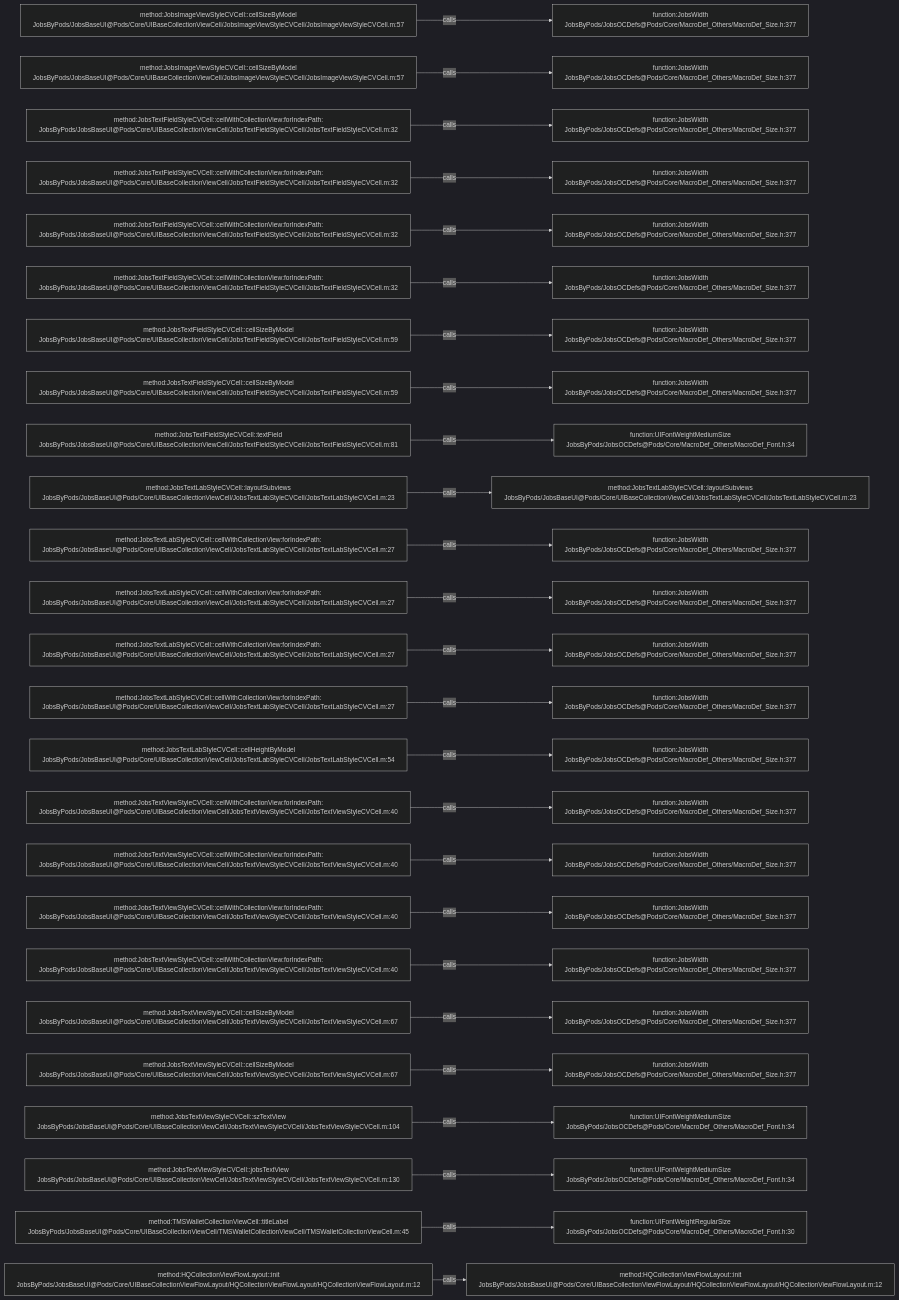
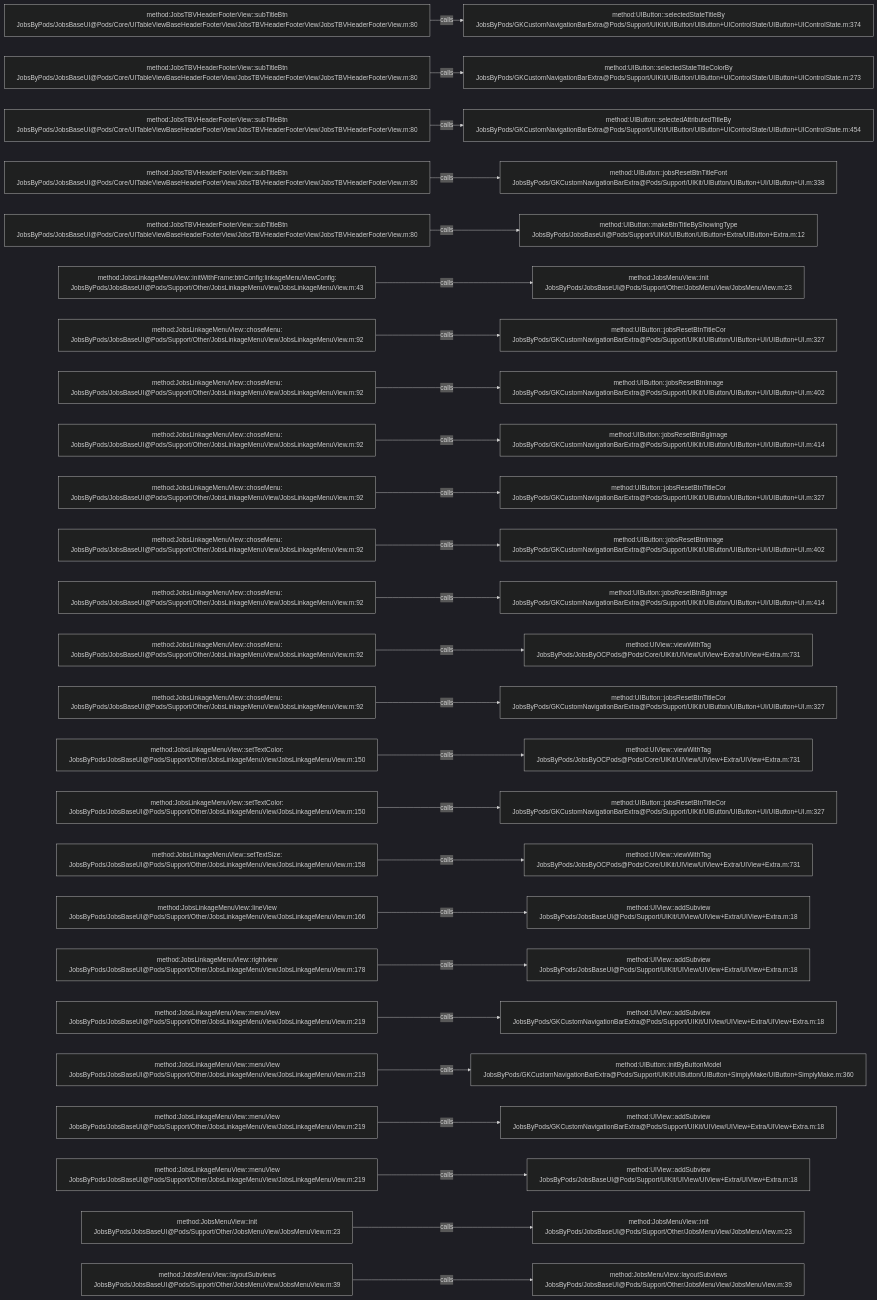
The diagram in .codegraph/codegraph.md/graphs/calls-036.md (JobsKits/JobsOCBaseConfigDemo), drawn with Mermaid (dark theme) before and after one commit. The commit also changed 1026 other files, not shown here.

````diff
--- a/.codegraph/codegraph.md/graphs/calls-036.md
+++ b/.codegraph/codegraph.md/graphs/calls-036.md
@@ -13,78 +13,78 @@
 ```mermaid
 flowchart LR
-  S1["method:JobsImageViewStyleCVCell::cellSizeByModel<br/>JobsByPods/JobsBaseUI@Pods/Core/UIBaseCollectionViewCell/JobsImageViewStyleCVCell/JobsImageViewStyleCVCell.m:57"]
-  T1["function:JobsWidth<br/>JobsByPods/JobsOCDefs@Pods/Core/MacroDef_Others/MacroDef_Size.h:377"]
+  S1["method:JobsTBVHeaderFooterView::subTitleBtn<br/>JobsByPods/JobsBaseUI@Pods/Core/UITableViewBaseHeaderFooterView/JobsTBVHeaderFooterView/JobsTBVHeaderFooterView.m:80"]
+  T1["method:UIButton::selectedStateTitleBy<br/>JobsByPods/GKCustomNavigationBarExtra@Pods/Support/UIKit/UIButton/UIButton+UIControlState/UIButton+UIControlState.m:374"]
   S1 -->|calls| T1
-  S2["method:JobsImageViewStyleCVCell::cellSizeByModel<br/>JobsByPods/JobsBaseUI@Pods/Core/UIBaseCollectionViewCell/JobsImageViewStyleCVCell/JobsImageViewStyleCVCell.m:57"]
-  T2["function:JobsWidth<br/>JobsByPods/JobsOCDefs@Pods/Core/MacroDef_Others/MacroDef_Size.h:377"]
+  S2["method:JobsTBVHeaderFooterView::subTitleBtn<br/>JobsByPods/JobsBaseUI@Pods/Core/UITableViewBaseHeaderFooterView/JobsTBVHeaderFooterView/JobsTBVHeaderFooterView.m:80"]
+  T2["method:UIButton::selectedStateTitleColorBy<br/>JobsByPods/GKCustomNavigationBarExtra@Pods/Support/UIKit/UIButton/UIButton+UIControlState/UIButton+UIControlState.m:273"]
   S2 -->|calls| T2
-  S3["method:JobsTextFieldStyleCVCell::cellWithCollectionView:forIndexPath:<br/>JobsByPods/JobsBaseUI@Pods/Core/UIBaseCollectionViewCell/JobsTextFieldStyleCVCell/JobsTextFieldStyleCVCell.m:32"]
-  T3["function:JobsWidth<br/>JobsByPods/JobsOCDefs@Pods/Core/MacroDef_Others/MacroDef_Size.h:377"]
+  S3["method:JobsTBVHeaderFooterView::subTitleBtn<br/>JobsByPods/JobsBaseUI@Pods/Core/UITableViewBaseHeaderFooterView/JobsTBVHeaderFooterView/JobsTBVHeaderFooterView.m:80"]
+  T3["method:UIButton::selectedAttributedTitleBy<br/>JobsByPods/GKCustomNavigationBarExtra@Pods/Support/UIKit/UIButton/UIButton+UIControlState/UIButton+UIControlState.m:454"]
   S3 -->|calls| T3
-  S4["method:JobsTextFieldStyleCVCell::cellWithCollectionView:forIndexPath:<br/>JobsByPods/JobsBaseUI@Pods/Core/UIBaseCollectionViewCell/JobsTextFieldStyleCVCell/JobsTextFieldStyleCVCell.m:32"]
-  T4["function:JobsWidth<br/>JobsByPods/JobsOCDefs@Pods/Core/MacroDef_Others/MacroDef_Size.h:377"]
+  S4["method:JobsTBVHeaderFooterView::subTitleBtn<br/>JobsByPods/JobsBaseUI@Pods/Core/UITableViewBaseHeaderFooterView/JobsTBVHeaderFooterView/JobsTBVHeaderFooterView.m:80"]
+  T4["method:UIButton::jobsResetBtnTitleFont<br/>JobsByPods/GKCustomNavigationBarExtra@Pods/Support/UIKit/UIButton/UIButton+UI/UIButton+UI.m:338"]
   S4 -->|calls| T4
-  S5["method:JobsTextFieldStyleCVCell::cellWithCollectionView:forIndexPath:<br/>JobsByPods/JobsBaseUI@Pods/Core/UIBaseCollectionViewCell/JobsTextFieldStyleCVCell/JobsTextFieldStyleCVCell.m:32"]
-  T5["function:JobsWidth<br/>JobsByPods/JobsOCDefs@Pods/Core/MacroDef_Others/MacroDef_Size.h:377"]
+  S5["method:JobsTBVHeaderFooterView::subTitleBtn<br/>JobsByPods/JobsBaseUI@Pods/Core/UITableViewBaseHeaderFooterView/JobsTBVHeaderFooterView/JobsTBVHeaderFooterView.m:80"]
+  T5["method:UIButton::makeBtnTitleByShowingType<br/>JobsByPods/JobsBaseUI@Pods/Support/UIKit/UIButton/UIButton+Extra/UIButton+Extra.m:12"]
   S5 -->|calls| T5
-  S6["method:JobsTextFieldStyleCVCell::cellWithCollectionView:forIndexPath:<br/>JobsByPods/JobsBaseUI@Pods/Core/UIBaseCollectionViewCell/JobsTextFieldStyleCVCell/JobsTextFieldStyleCVCell.m:32"]
-  T6["function:JobsWidth<br/>JobsByPods/JobsOCDefs@Pods/Core/MacroDef_Others/MacroDef_Size.h:377"]
+  S6["method:JobsLinkageMenuView::initWithFrame:btnConfig:linkageMenuViewConfig:<br/>JobsByPods/JobsBaseUI@Pods/Support/Other/JobsLinkageMenuView/JobsLinkageMenuView.m:43"]
+  T6["method:JobsMenuView::init<br/>JobsByPods/JobsBaseUI@Pods/Support/Other/JobsMenuView/JobsMenuView.m:23"]
   S6 -->|calls| T6
-  S7["method:JobsTextFieldStyleCVCell::cellSizeByModel<br/>JobsByPods/JobsBaseUI@Pods/Core/UIBaseCollectionViewCell/JobsTextFieldStyleCVCell/JobsTextFieldStyleCVCell.m:59"]
-  T7["function:JobsWidth<br/>JobsByPods/JobsOCDefs@Pods/Core/MacroDef_Others/MacroDef_Size.h:377"]
+  S7["method:JobsLinkageMenuView::choseMenu:<br/>JobsByPods/JobsBaseUI@Pods/Support/Other/JobsLinkageMenuView/JobsLinkageMenuView.m:92"]
+  T7["method:UIButton::jobsResetBtnTitleCor<br/>JobsByPods/GKCustomNavigationBarExtra@Pods/Support/UIKit/UIButton/UIButton+UI/UIButton+UI.m:327"]
   S7 -->|calls| T7
-  S8["method:JobsTextFieldStyleCVCell::cellSizeByModel<br/>JobsByPods/JobsBaseUI@Pods/Core/UIBaseCollectionViewCell/JobsTextFieldStyleCVCell/JobsTextFieldStyleCVCell.m:59"]
-  T8["function:JobsWidth<br/>JobsByPods/JobsOCDefs@Pods/Core/MacroDef_Others/MacroDef_Size.h:377"]
+  S8["method:JobsLinkageMenuView::choseMenu:<br/>JobsByPods/JobsBaseUI@Pods/Support/Other/JobsLinkageMenuView/JobsLinkageMenuView.m:92"]
+  T8["method:UIButton::jobsResetBtnImage<br/>JobsByPods/GKCustomNavigationBarExtra@Pods/Support/UIKit/UIButton/UIButton+UI/UIButton+UI.m:402"]
   S8 -->|calls| T8
-  S9["method:JobsTextFieldStyleCVCell::textField<br/>JobsByPods/JobsBaseUI@Pods/Core/UIBaseCollectionViewCell/JobsTextFieldStyleCVCell/JobsTextFieldStyleCVCell.m:81"]
-  T9["function:UIFontWeightMediumSize<br/>JobsByPods/JobsOCDefs@Pods/Core/MacroDef_Others/MacroDef_Font.h:34"]
+  S9["method:JobsLinkageMenuView::choseMenu:<br/>JobsByPods/JobsBaseUI@Pods/Support/Other/JobsLinkageMenuView/JobsLinkageMenuView.m:92"]
+  T9["method:UIButton::jobsResetBtnBgImage<br/>JobsByPods/GKCustomNavigationBarExtra@Pods/Support/UIKit/UIButton/UIButton+UI/UIButton+UI.m:414"]
   S9 -->|calls| T9
-  S10["method:JobsTextLabStyleCVCell::layoutSubviews<br/>JobsByPods/JobsBaseUI@Pods/Core/UIBaseCollectionViewCell/JobsTextLabStyleCVCell/JobsTextLabStyleCVCell.m:23"]
-  T10["method:JobsTextLabStyleCVCell::layoutSubviews<br/>JobsByPods/JobsBaseUI@Pods/Core/UIBaseCollectionViewCell/JobsTextLabStyleCVCell/JobsTextLabStyleCVCell.m:23"]
+  S10["method:JobsLinkageMenuView::choseMenu:<br/>JobsByPods/JobsBaseUI@Pods/Support/Other/JobsLinkageMenuView/JobsLinkageMenuView.m:92"]
+  T10["method:UIButton::jobsResetBtnTitleCor<br/>JobsByPods/GKCustomNavigationBarExtra@Pods/Support/UIKit/UIButton/UIButton+UI/UIButton+UI.m:327"]
   S10 -->|calls| T10
-  S11["method:JobsTextLabStyleCVCell::cellWithCollectionView:forIndexPath:<br/>JobsByPods/JobsBaseUI@Pods/Core/UIBaseCollectionViewCell/JobsTextLabStyleCVCell/JobsTextLabStyleCVCell.m:27"]
-  T11["function:JobsWidth<br/>JobsByPods/JobsOCDefs@Pods/Core/MacroDef_Others/MacroDef_Size.h:377"]
+  S11["method:JobsLinkageMenuView::choseMenu:<br/>JobsByPods/JobsBaseUI@Pods/Support/Other/JobsLinkageMenuView/JobsLinkageMenuView.m:92"]
+  T11["method:UIButton::jobsResetBtnImage<br/>JobsByPods/GKCustomNavigationBarExtra@Pods/Support/UIKit/UIButton/UIButton+UI/UIButton+UI.m:402"]
   S11 -->|calls| T11
-  S12["method:JobsTextLabStyleCVCell::cellWithCollectionView:forIndexPath:<br/>JobsByPods/JobsBaseUI@Pods/Core/UIBaseCollectionViewCell/JobsTextLabStyleCVCell/JobsTextLabStyleCVCell.m:27"]
-  T12["function:JobsWidth<br/>JobsByPods/JobsOCDefs@Pods/Core/MacroDef_Others/MacroDef_Size.h:377"]
+  S12["method:JobsLinkageMenuView::choseMenu:<br/>JobsByPods/JobsBaseUI@Pods/Support/Other/JobsLinkageMenuView/JobsLinkageMenuView.m:92"]
+  T12["method:UIButton::jobsResetBtnBgImage<br/>JobsByPods/GKCustomNavigationBarExtra@Pods/Support/UIKit/UIButton/UIButton+UI/UIButton+UI.m:414"]
   S12 -->|calls| T12
-  S13["method:JobsTextLabStyleCVCell::cellWithCollectionView:forIndexPath:<br/>JobsByPods/JobsBaseUI@Pods/Core/UIBaseCollectionViewCell/JobsTextLabStyleCVCell/JobsTextLabStyleCVCell.m:27"]
-  T13["function:JobsWidth<br/>JobsByPods/JobsOCDefs@Pods/Core/MacroDef_Others/MacroDef_Size.h:377"]
+  S13["method:JobsLinkageMenuView::choseMenu:<br/>JobsByPods/JobsBaseUI@Pods/Support/Other/JobsLinkageMenuView/JobsLinkageMenuView.m:92"]
+  T13["method:UIView::viewWithTag<br/>JobsByPods/JobsByOCPods@Pods/Core/UIKit/UIView/UIView+Extra/UIView+Extra.m:731"]
   S13 -->|calls| T13
-  S14["method:JobsTextLabStyleCVCell::cellWithCollectionView:forIndexPath:<br/>JobsByPods/JobsBaseUI@Pods/Core/UIBaseCollectionViewCell/JobsTextLabStyleCVCell/JobsTextLabStyleCVCell.m:27"]
-  T14["function:JobsWidth<br/>JobsByPods/JobsOCDefs@Pods/Core/MacroDef_Others/MacroDef_Size.h:377"]
+  S14["method:JobsLinkageMenuView::choseMenu:<br/>JobsByPods/JobsBaseUI@Pods/Support/Other/JobsLinkageMenuView/JobsLinkageMenuView.m:92"]
+  T14["method:UIButton::jobsResetBtnTitleCor<br/>JobsByPods/GKCustomNavigationBarExtra@Pods/Support/UIKit/UIButton/UIButton+UI/UIButton+UI.m:327"]
   S14 -->|calls| T14
-  S15["method:JobsTextLabStyleCVCell::cellHeightByModel<br/>JobsByPods/JobsBaseUI@Pods/Core/UIBaseCollectionViewCell/JobsTextLabStyleCVCell/JobsTextLabStyleCVCell.m:54"]
-  T15["function:JobsWidth<br/>JobsByPods/JobsOCDefs@Pods/Core/MacroDef_Others/MacroDef_Size.h:377"]
+  S15["method:JobsLinkageMenuView::setTextColor:<br/>JobsByPods/JobsBaseUI@Pods/Support/Other/JobsLinkageMenuView/JobsLinkageMenuView.m:150"]
+  T15["method:UIView::viewWithTag<br/>JobsByPods/JobsByOCPods@Pods/Core/UIKit/UIView/UIView+Extra/UIView+Extra.m:731"]
   S15 -->|calls| T15
-  S16["method:JobsTextViewStyleCVCell::cellWithCollectionView:forIndexPath:<br/>JobsByPods/JobsBaseUI@Pods/Core/UIBaseCollectionViewCell/JobsTextViewStyleCVCell/JobsTextViewStyleCVCell.m:40"]
-  T16["function:JobsWidth<br/>JobsByPods/JobsOCDefs@Pods/Core/MacroDef_Others/MacroDef_Size.h:377"]
+  S16["method:JobsLinkageMenuView::setTextColor:<br/>JobsByPods/JobsBaseUI@Pods/Support/Other/JobsLinkageMenuView/JobsLinkageMenuView.m:150"]
+  T16["method:UIButton::jobsResetBtnTitleCor<br/>JobsByPods/GKCustomNavigationBarExtra@Pods/Support/UIKit/UIButton/UIButton+UI/UIButton+UI.m:327"]
   S16 -->|calls| T16
-  S17["method:JobsTextViewStyleCVCell::cellWithCollectionView:forIndexPath:<br/>JobsByPods/JobsBaseUI@Pods/Core/UIBaseCollectionViewCell/JobsTextViewStyleCVCell/JobsTextViewStyleCVCell.m:40"]
-  T17["function:JobsWidth<br/>JobsByPods/JobsOCDefs@Pods/Core/MacroDef_Others/MacroDef_Size.h:377"]
+  S17["method:JobsLinkageMenuView::setTextSize:<br/>JobsByPods/JobsBaseUI@Pods/Support/Other/JobsLinkageMenuView/JobsLinkageMenuView.m:158"]
+  T17["method:UIView::viewWithTag<br/>JobsByPods/JobsByOCPods@Pods/Core/UIKit/UIView/UIView+Extra/UIView+Extra.m:731"]
   S17 -->|calls| T17
-  S18["method:JobsTextViewStyleCVCell::cellWithCollectionView:forIndexPath:<br/>JobsByPods/JobsBaseUI@Pods/Core/UIBaseCollectionViewCell/JobsTextViewStyleCVCell/JobsTextViewStyleCVCell.m:40"]
-  T18["function:JobsWidth<br/>JobsByPods/JobsOCDefs@Pods/Core/MacroDef_Others/MacroDef_Size.h:377"]
+  S18["method:JobsLinkageMenuView::lineView<br/>JobsByPods/JobsBaseUI@Pods/Support/Other/JobsLinkageMenuView/JobsLinkageMenuView.m:166"]
+  T18["method:UIView::addSubview<br/>JobsByPods/JobsBaseUI@Pods/Support/UIKit/UIView/UIView+Extra/UIView+Extra.m:18"]
   S18 -->|calls| T18
-  S19["method:JobsTextViewStyleCVCell::cellWithCollectionView:forIndexPath:<br/>JobsByPods/JobsBaseUI@Pods/Core/UIBaseCollectionViewCell/JobsTextViewStyleCVCell/JobsTextViewStyleCVCell.m:40"]
-  T19["function:JobsWidth<br/>JobsByPods/JobsOCDefs@Pods/Core/MacroDef_Others/MacroDef_Size.h:377"]
+  S19["method:JobsLinkageMenuView::rightview<br/>JobsByPods/JobsBaseUI@Pods/Support/Other/JobsLinkageMenuView/JobsLinkageMenuView.m:178"]
+  T19["method:UIView::addSubview<br/>JobsByPods/JobsBaseUI@Pods/Support/UIKit/UIView/UIView+Extra/UIView+Extra.m:18"]
   S19 -->|calls| T19
-  S20["method:JobsTextViewStyleCVCell::cellSizeByModel<br/>JobsByPods/JobsBaseUI@Pods/Core/UIBaseCollectionViewCell/JobsTextViewStyleCVCell/JobsTextViewStyleCVCell.m:67"]
-  T20["function:JobsWidth<br/>JobsByPods/JobsOCDefs@Pods/Core/MacroDef_Others/MacroDef_Size.h:377"]
+  S20["method:JobsLinkageMenuView::menuView<br/>JobsByPods/JobsBaseUI@Pods/Support/Other/JobsLinkageMenuView/JobsLinkageMenuView.m:219"]
+  T20["method:UIView::addSubview<br/>JobsByPods/GKCustomNavigationBarExtra@Pods/Support/UIKit/UIView/UIView+Extra/UIView+Extra.m:18"]
   S20 -->|calls| T20
-  S21["method:JobsTextViewStyleCVCell::cellSizeByModel<br/>JobsByPods/JobsBaseUI@Pods/Core/UIBaseCollectionViewCell/JobsTextViewStyleCVCell/JobsTextViewStyleCVCell.m:67"]
-  T21["function:JobsWidth<br/>JobsByPods/JobsOCDefs@Pods/Core/MacroDef_Others/MacroDef_Size.h:377"]
+  S21["method:JobsLinkageMenuView::menuView<br/>JobsByPods/JobsBaseUI@Pods/Support/Other/JobsLinkageMenuView/JobsLinkageMenuView.m:219"]
+  T21["method:UIButton::initByButtonModel<br/>JobsByPods/GKCustomNavigationBarExtra@Pods/Support/UIKit/UIButton/UIButton+SimplyMake/UIButton+SimplyMake.m:360"]
   S21 -->|calls| T21
-  S22["method:JobsTextViewStyleCVCell::szTextView<br/>JobsByPods/JobsBaseUI@Pods/Core/UIBaseCollectionViewCell/JobsTextViewStyleCVCell/JobsTextViewStyleCVCell.m:104"]
-  T22["function:UIFontWeightMediumSize<br/>JobsByPods/JobsOCDefs@Pods/Core/MacroDef_Others/MacroDef_Font.h:34"]
+  S22["method:JobsLinkageMenuView::menuView<br/>JobsByPods/JobsBaseUI@Pods/Support/Other/JobsLinkageMenuView/JobsLinkageMenuView.m:219"]
+  T22["method:UIView::addSubview<br/>JobsByPods/GKCustomNavigationBarExtra@Pods/Support/UIKit/UIView/UIView+Extra/UIView+Extra.m:18"]
   S22 -->|calls| T22
-  S23["method:JobsTextViewStyleCVCell::jobsTextView<br/>JobsByPods/JobsBaseUI@Pods/Core/UIBaseCollectionViewCell/JobsTextViewStyleCVCell/JobsTextViewStyleCVCell.m:130"]
-  T23["function:UIFontWeightMediumSize<br/>JobsByPods/JobsOCDefs@Pods/Core/MacroDef_Others/MacroDef_Font.h:34"]
+  S23["method:JobsLinkageMenuView::menuView<br/>JobsByPods/JobsBaseUI@Pods/Support/Other/JobsLinkageMenuView/JobsLinkageMenuView.m:219"]
+  T23["method:UIView::addSubview<br/>JobsByPods/JobsBaseUI@Pods/Support/UIKit/UIView/UIView+Extra/UIView+Extra.m:18"]
   S23 -->|calls| T23
-  S24["method:TMSWalletCollectionViewCell::titleLabel<br/>JobsByPods/JobsBaseUI@Pods/Core/UIBaseCollectionViewCell/TMSWalletCollectionViewCell/TMSWalletCollectionViewCell.m:45"]
-  T24["function:UIFontWeightRegularSize<br/>JobsByPods/JobsOCDefs@Pods/Core/MacroDef_Others/MacroDef_Font.h:30"]
+  S24["method:JobsMenuView::init<br/>JobsByPods/JobsBaseUI@Pods/Support/Other/JobsMenuView/JobsMenuView.m:23"]
+  T24["method:JobsMenuView::init<br/>JobsByPods/JobsBaseUI@Pods/Support/Other/JobsMenuView/JobsMenuView.m:23"]
   S24 -->|calls| T24
-  S25["method:HQCollectionViewFlowLayout::init<br/>JobsByPods/JobsBaseUI@Pods/Core/UIBaseCollectionViewFlowLayout/HQCollectionViewFlowLayout/HQCollectionViewFlowLayout.m:12"]
-  T25["method:HQCollectionViewFlowLayout::init<br/>JobsByPods/JobsBaseUI@Pods/Core/UIBaseCollectionViewFlowLayout/HQCollectionViewFlowLayout/HQCollectionViewFlowLayout.m:12"]
+  S25["method:JobsMenuView::layoutSubviews<br/>JobsByPods/JobsBaseUI@Pods/Support/Other/JobsMenuView/JobsMenuView.m:39"]
+  T25["method:JobsMenuView::layoutSubviews<br/>JobsByPods/JobsBaseUI@Pods/Support/Other/JobsMenuView/JobsMenuView.m:39"]
   S25 -->|calls| T25
 ```
````
